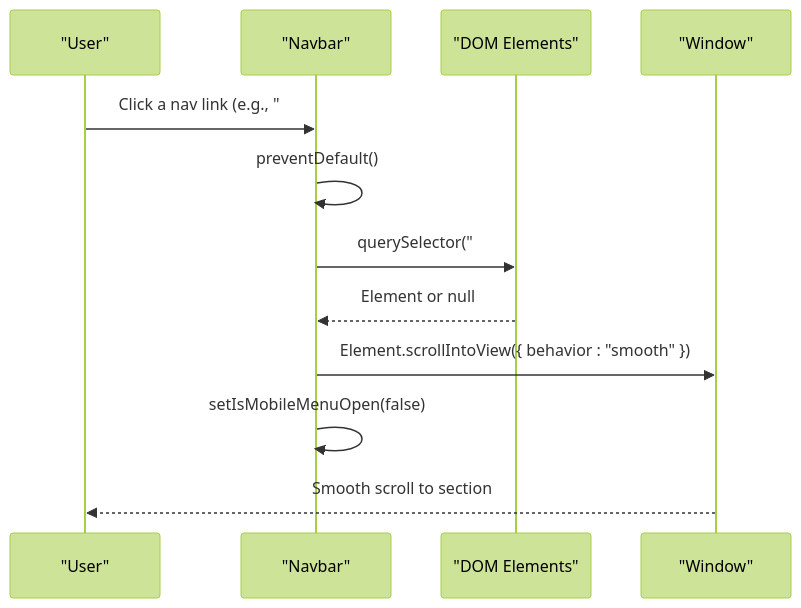
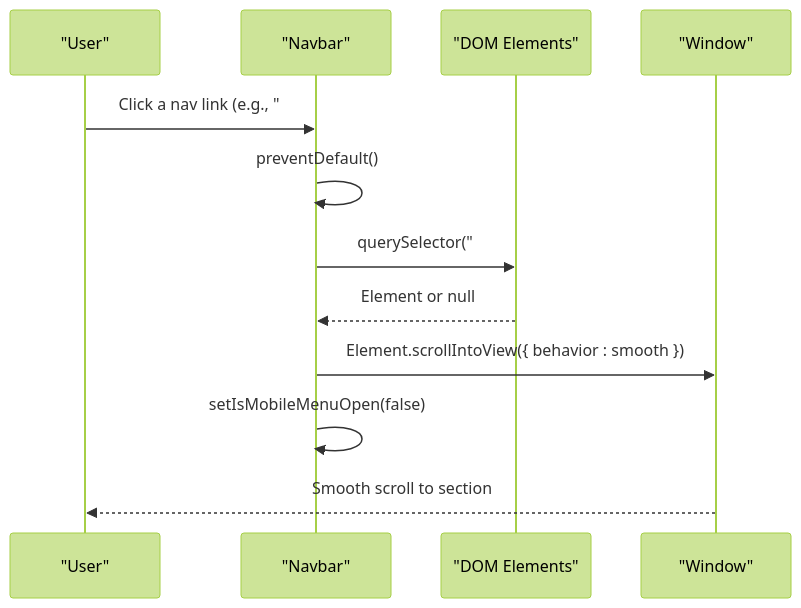
One commit to mohjak/sc-dof changed the fourth of 8 diagrams in .qoder/repowiki/en/content/Routing & Navigation/Routing & Navigation.md. Above: the diagram before and after it, drawn with Mermaid (forest theme). The commit also changed other lines of this file and 68 other files, not shown here.

First line of the commit message:
docs(docs): update component architecture docs with markdown formatting fixes

````diff
--- a/.qoder/repowiki/en/content/Routing & Navigation/Routing & Navigation.md
+++ b/.qoder/repowiki/en/content/Routing & Navigation/Routing & Navigation.md
@@ -154,14 +152,14 @@
 ```mermaid
 sequenceDiagram
 participant User as "User"
 participant Navbar as "Navbar"
 participant DOM as "DOM Elements"
 participant Window as "Window"
 User->>Navbar : Click a nav link (e.g., "#why")
 Navbar->>Navbar : preventDefault()
 Navbar->>DOM : querySelector("#why")
 DOM-->>Navbar : Element or null
-Navbar->>Window : Element.scrollIntoView({ behavior : "smooth" })
+Navbar->>Window : Element.scrollIntoView({ behavior : smooth })
 Navbar->>Navbar : setIsMobileMenuOpen(false)
 Window-->>User : Smooth scroll to section
 ```
````
